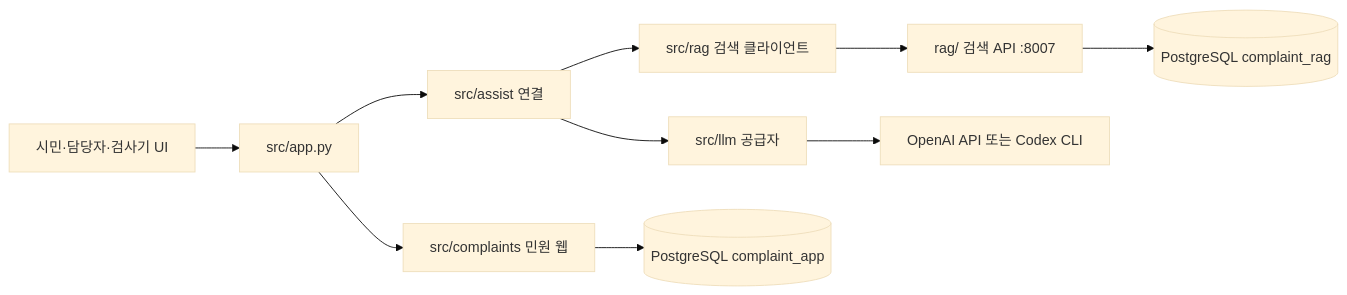
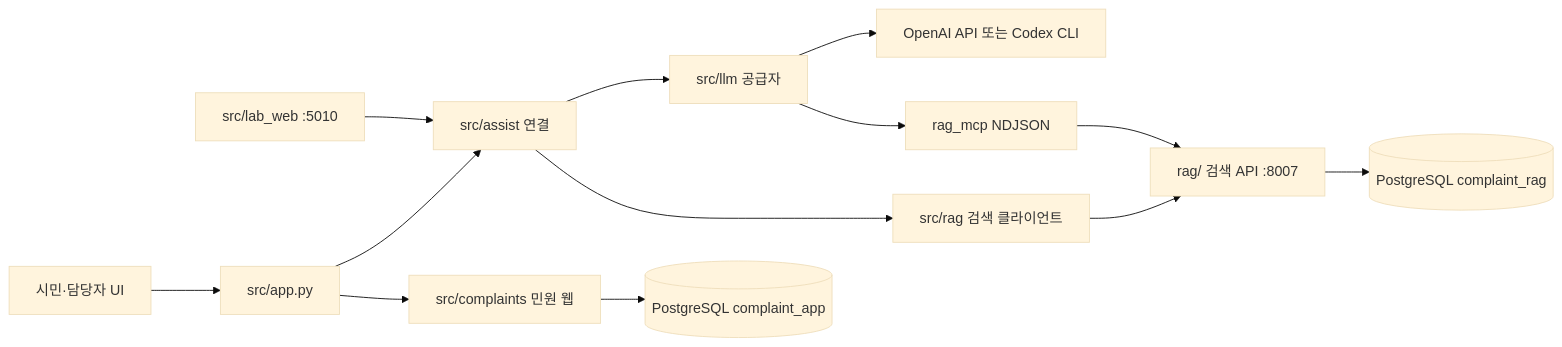
Before and after one commit to hy040504/ai-complaint-process: the diagram in src/README.md, drawn with Mermaid (base theme). The commit also changed other lines of this file and 31 other files, not shown here.

First line of the commit message:
정리: 검사기 MCP 핸드셰이크와 Codex 입력을 문서·주석과 함께 올린다

````diff
--- a/src/README.md
+++ b/src/README.md
@@ -40,12 +40,15 @@
 ```mermaid
 flowchart LR
-    UI[시민·담당자·검사기 UI] --> APP[src/app.py]
+    LAB[src/lab_web :5010] --> A[src/assist 연결]
+    UI[시민·담당자 UI] --> APP[src/app.py]
     APP --> W[src/complaints 민원 웹]
-    APP --> A[src/assist 연결]
+    APP --> A
     A --> R[src/rag 검색 클라이언트]
     A --> L[src/llm 공급자]
+    L --> MCP[rag_mcp NDJSON]
     W --> APPDB[(PostgreSQL complaint_app)]
     R --> S[rag/ 검색 API :8007]
+    MCP --> S
     S --> PG[(PostgreSQL complaint_rag)]
     L --> M[OpenAI API 또는 Codex CLI]
 ```
````
